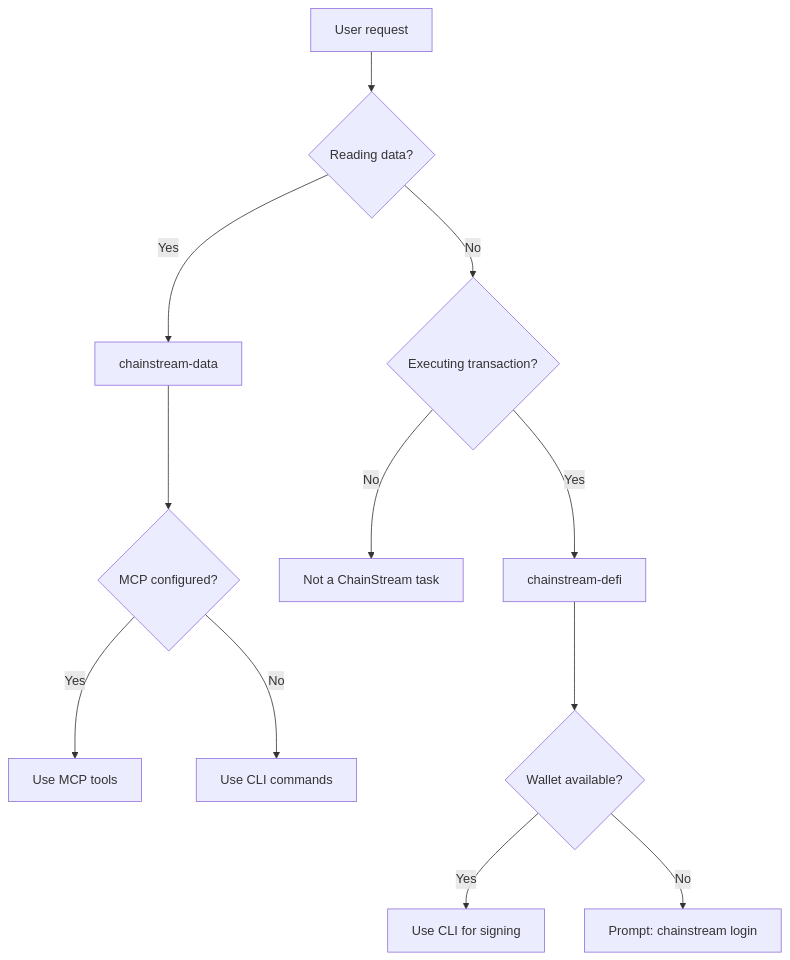
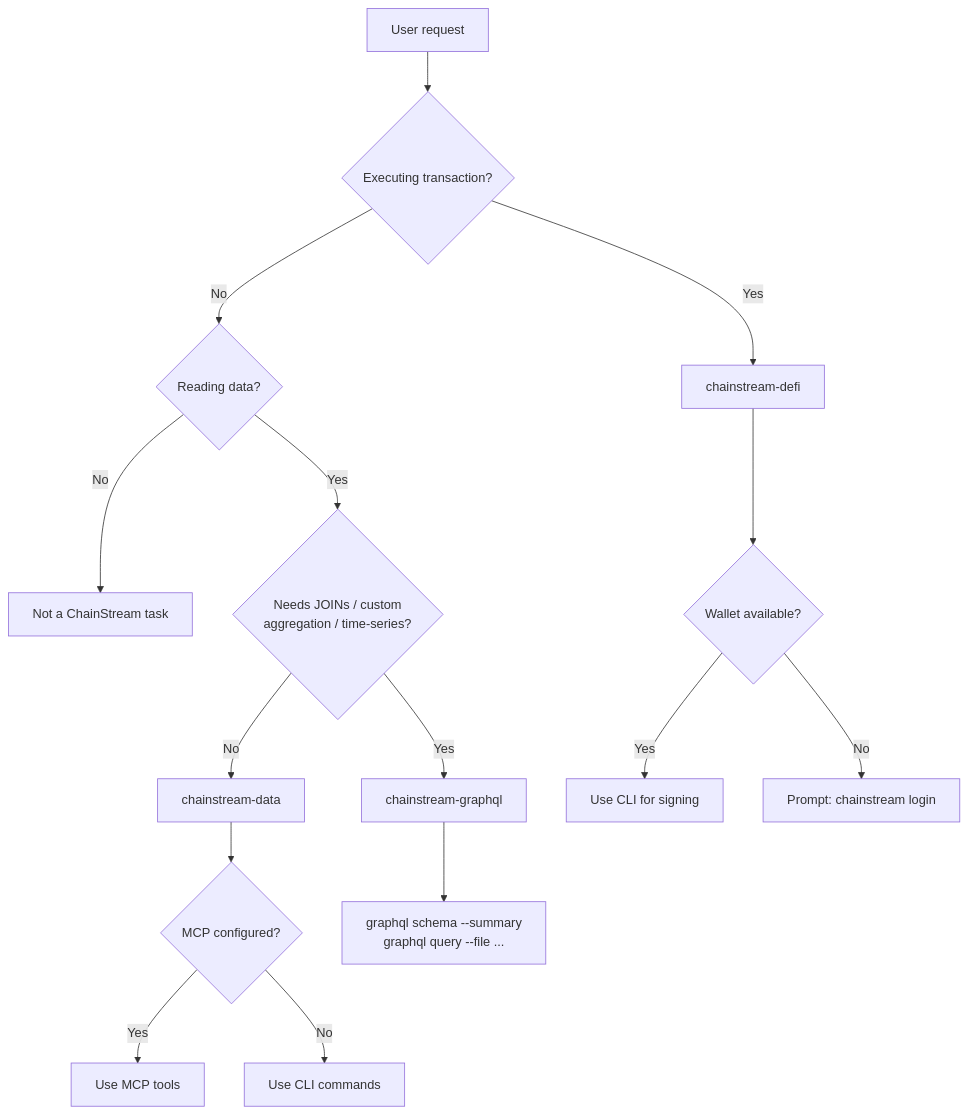
The diagram in en/docs/ai-agents/agent-skills/introduction.mdx (chainstream-io/docs), drawn with Mermaid before and after one commit. The commit also changed other lines of this file and 551 other files, not shown here.

````diff
--- a/en/docs/ai-agents/agent-skills/introduction.mdx
+++ b/en/docs/ai-agents/agent-skills/introduction.mdx
@@ -33,16 +36,20 @@
 ```mermaid
 flowchart TD
-  Start["User request"] --> IsData{"Reading data?"}
-  IsData -->|Yes| DataSkill["chainstream-data"]
-  IsData -->|No| IsDefi{"Executing transaction?"}
-  IsDefi -->|Yes| DefiSkill["chainstream-defi"]
-  IsDefi -->|No| NotCovered["Not a ChainStream task"]
+  Start["User request"] --> IsExec{"Executing transaction?"}
+  IsExec -->|Yes| DefiSkill["chainstream-defi"]
+  IsExec -->|No| IsData{"Reading data?"}
+  IsData -->|No| NotCovered["Not a ChainStream task"]
+  IsData -->|Yes| Custom{"Needs JOINs / custom<br/>aggregation / time-series?"}
+  Custom -->|Yes| GraphqlSkill["chainstream-graphql"]
+  Custom -->|No| DataSkill["chainstream-data"]
 
   DataSkill --> HasMCP{"MCP configured?"}
   HasMCP -->|Yes| UseMCP["Use MCP tools"]
   HasMCP -->|No| UseCLI["Use CLI commands"]
 
+  GraphqlSkill --> Schema["graphql schema --summary<br/>graphql query --file ..."]
+
   DefiSkill --> HasWallet{"Wallet available?"}
   HasWallet -->|Yes| UseCLIDeFi["Use CLI for signing"]
   HasWallet -->|No| NeedWallet["Prompt: chainstream login"]
 ```
````
